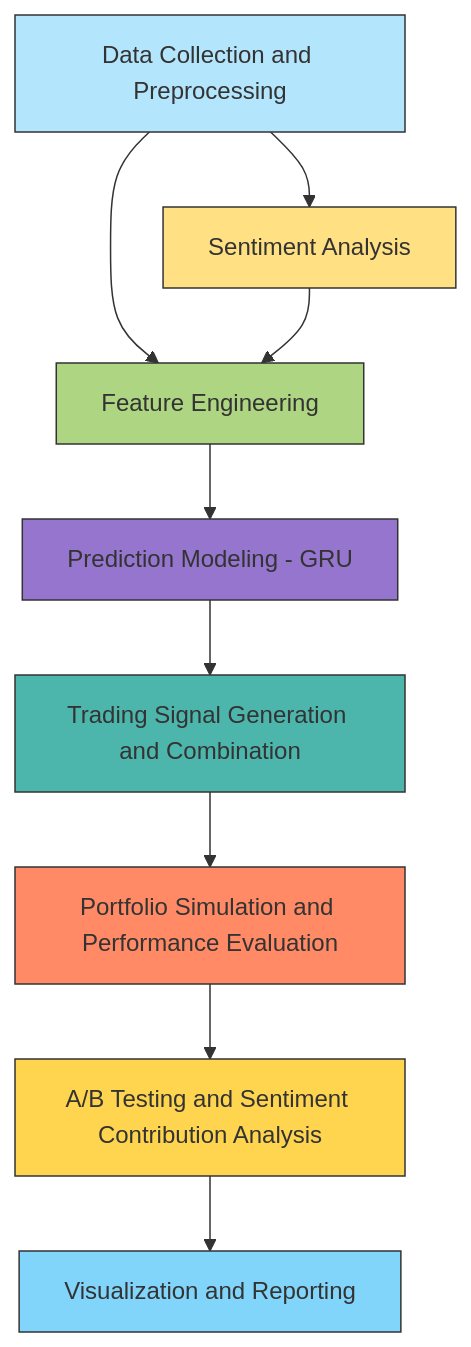
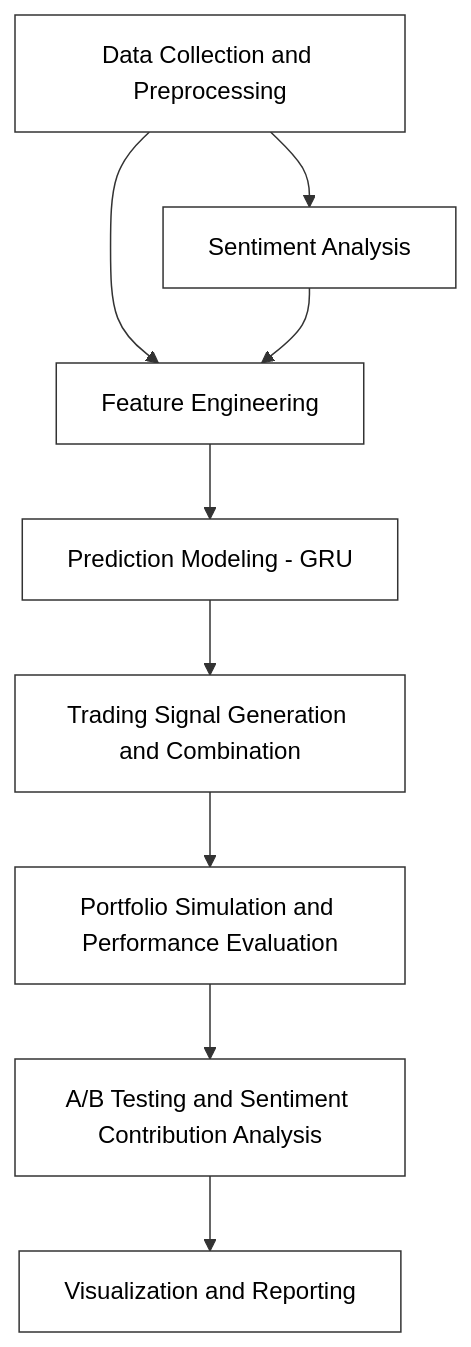
The diagram in agent/Readme.md (celesteisyy/trading_agent_stocks), drawn with Mermaid before and after one commit.

Commit message:
uuuupdate readme

````diff
--- a/agent/Readme.md
+++ b/agent/Readme.md
@@ -9,20 +9,15 @@
 ```mermaid
 flowchart TD
     A[Data Collection and Preprocessing] --> B[Sentiment Analysis]
     A --> C[Feature Engineering]
     B --> C
     C --> D[Prediction Modeling - GRU]
     D --> E[Trading Signal Generation and Combination]
     E --> F[Portfolio Simulation and Performance Evaluation]
     F --> G[A/B Testing and Sentiment Contribution Analysis]
     G --> H[Visualization and Reporting]
 
-    style A fill:#B3E5FC,stroke:#333,stroke-width:1px
-    style B fill:#FFE082,stroke:#333,stroke-width:1px
-    style C fill:#AED581,stroke:#333,stroke-width:1px
-    style D fill:#9575CD,stroke:#333,stroke-width:1px
-    style E fill:#4DB6AC,stroke:#333,stroke-width:1px
-    style F fill:#FF8A65,stroke:#333,stroke-width:1px
-    style G fill:#FFD54F,stroke:#333,stroke-width:1px
-    style H fill:#81D4FA,stroke:#333,stroke-width:1px
+    classDef darkText fill:#ffffff,stroke:#333,stroke-width:1px,color:#000;
+
+    class A,B,C,D,E,F,G,H darkText;
 ```
````
